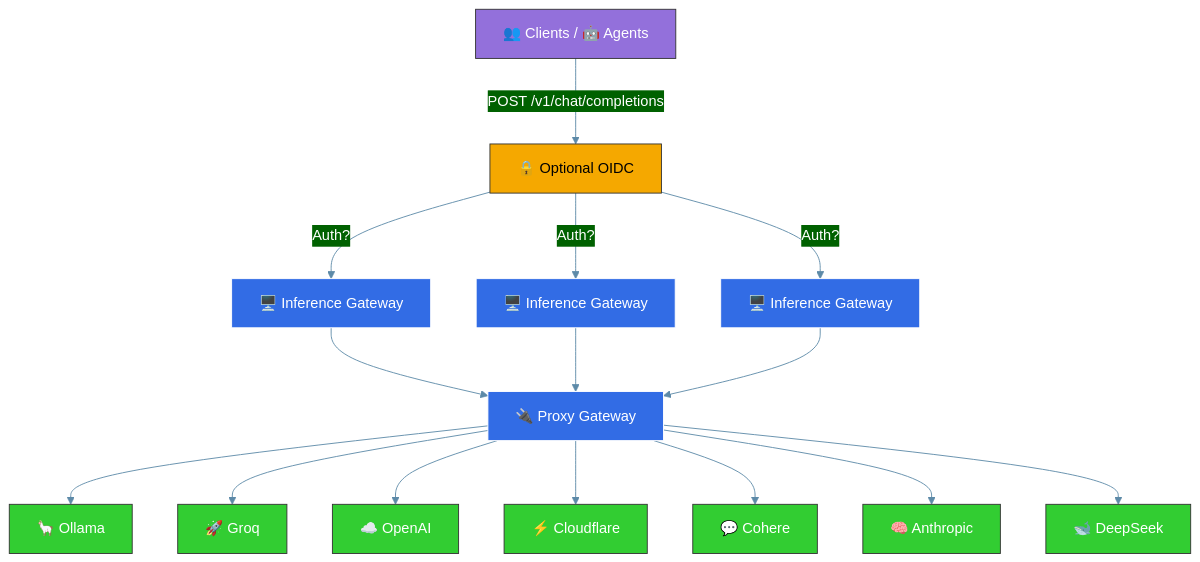
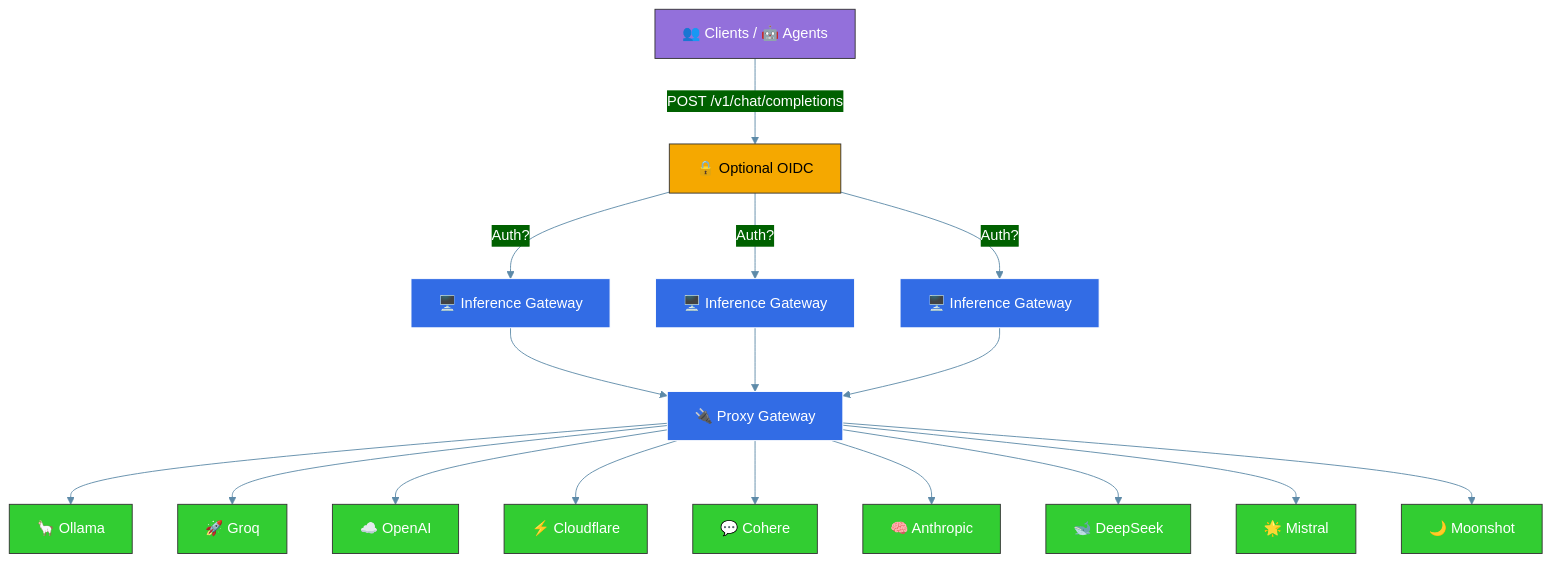
Before and after one commit to inference-gateway/docs: the first of 2 diagrams in markdown/architecture-overview.mdx, drawn with Mermaid. The commit also changed other lines of this file and 5 other files, not shown here.

First line of the commit message:
docs: Add Mistral and Moonshot provider documentation

````diff
--- a/markdown/architecture-overview.mdx
+++ b/markdown/architecture-overview.mdx
@@ -7,39 +7,41 @@
 ```mermaid
 %%{init: {'theme': 'base', 'themeVariables': { 'primaryColor': '#326CE5', 'primaryTextColor': '#fff', 'lineColor': '#5D8AA8', 'secondaryColor': '#006100' }, 'fontFamily': 'Arial', 'flowchart': {'nodeSpacing': 50, 'rankSpacing': 70, 'padding': 15}}}%%
 
 
 graph TD
     %% Client nodes
     A["👥 Clients / 🤖 Agents"] --> |POST /v1/chat/completions| Auth
 
     %% Auth node
     Auth["🔒 Optional OIDC"] --> |Auth?| IG1
     Auth --> |Auth?| IG2
     Auth --> |Auth?| IG3
 
     %% Gateway nodes
     IG1["🖥️ Inference Gateway"] --> P
     IG2["🖥️ Inference Gateway"] --> P
     IG3["🖥️ Inference Gateway"] --> P
 
     %% Proxy and providers
     P["🔌 Proxy Gateway"] --> C["🦙 Ollama"]
     P --> D["🚀 Groq"]
     P --> E["☁️ OpenAI"]
     P --> G["⚡ Cloudflare"]
     P --> H1["💬 Cohere"]
     P --> H2["🧠 Anthropic"]
     P --> H3["🐋 DeepSeek"]
+    P --> H4["🌟 Mistral"]
+    P --> H5["🌙 Moonshot"]
 
     %% Define styles
     classDef client fill:#9370DB,stroke:#333,stroke-width:1px,color:white;
     classDef auth fill:#F5A800,stroke:#333,stroke-width:1px,color:black;
     classDef gateway fill:#326CE5,stroke:#fff,stroke-width:1px,color:white;
     classDef provider fill:#32CD32,stroke:#333,stroke-width:1px,color:white;
 
     %% Apply styles
     class A client;
     class Auth auth;
     class IG1,IG2,IG3,P gateway;
-    class C,D,E,G,H1,H2,H3 provider;
+    class C,D,E,G,H1,H2,H3,H4,H5 provider;
 ```
````
